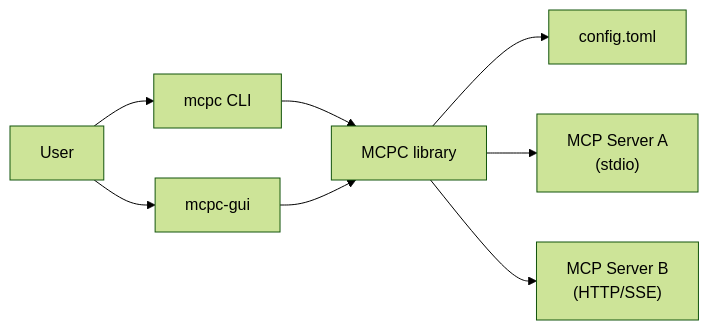
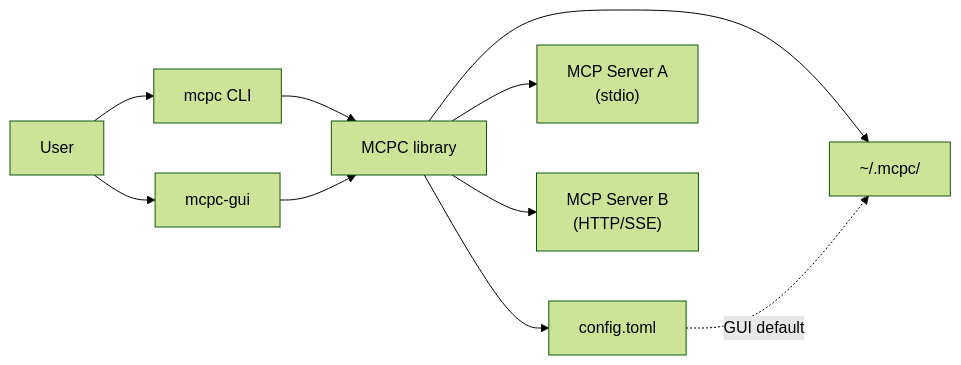
The first of 10 diagrams in docs/HLD.md (ashutoshkumarsinha/mcpc), drawn with Mermaid (forest theme) before and after one commit. The commit also changed other lines of this file and 15 other files, not shown here.

````diff
--- a/docs/HLD.md
+++ b/docs/HLD.md
@@ -9,18 +9,20 @@
 ```mermaid
 flowchart LR
     User["User"]
     CLI["mcpc CLI"]
     GUI["mcpc-gui"]
     Lib["MCPC library"]
     Config["config.toml"]
     S1["MCP Server A\n(stdio)"]
     S2["MCP Server B\n(HTTP/SSE)"]
 
     User --> CLI
     User --> GUI
     CLI --> Lib
     GUI --> Lib
     Lib --> Config
+    Lib --> UserDir["~/.mcpc/"]
     Lib --> S1
     Lib --> S2
+    Config -.->|"GUI default"| UserDir
 ```
````
